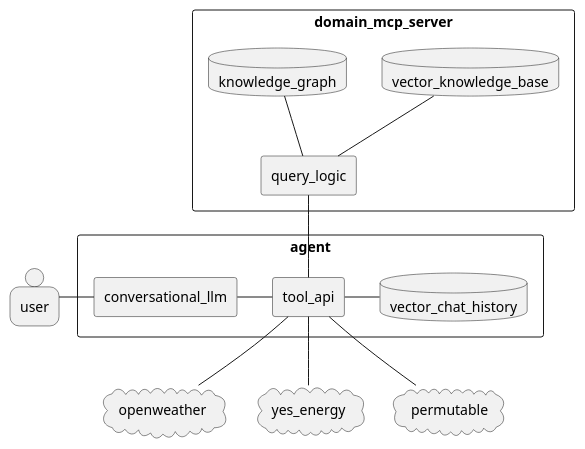
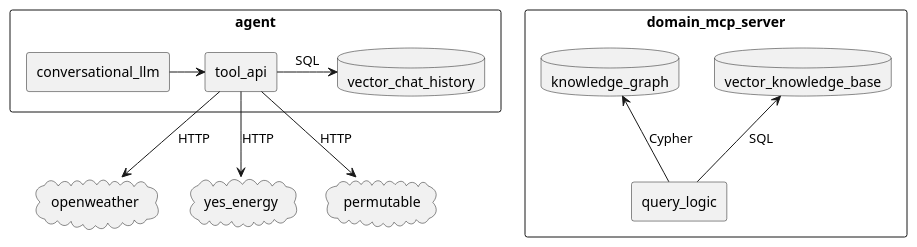
One commit to arcnode-io/ems-analyst changed the diagram in readme.md. Above: the diagram before and after it, drawn with PlantUML. The commit also changed other lines of this file and 8 other files, not shown here.

````diff
--- a/readme.md
+++ b/readme.md
@@ -10,28 +15,25 @@
 ```plantuml
 rectangle agent {
   database vector_chat_history
   rectangle conversational_llm
   rectangle tool_api
 }
 rectangle domain_mcp_server {
     database vector_knowledge_base
     database knowledge_graph
     rectangle query_logic
 }
 
 
 cloud openweather 
 cloud yes_energy 
 cloud permutable 
-person user
-query_logic -u- knowledge_graph
-query_logic -u- vector_knowledge_base
-vector_chat_history -l- tool_api
-tool_api -u- query_logic
-tool_api -d- openweather
-tool_api -d- yes_energy
-tool_api -d- permutable
-conversational_llm -r- tool_api
-conversational_llm -l- user
+query_logic -u-> knowledge_graph: Cypher
+query_logic -u-> vector_knowledge_base: SQL
+tool_api -r-> vector_chat_history: SQL
+tool_api -d-> openweather: HTTP
+tool_api -d-> yes_energy: HTTP
+tool_api -d-> permutable: HTTP
+conversational_llm -r-> tool_api
 
 ```
````
